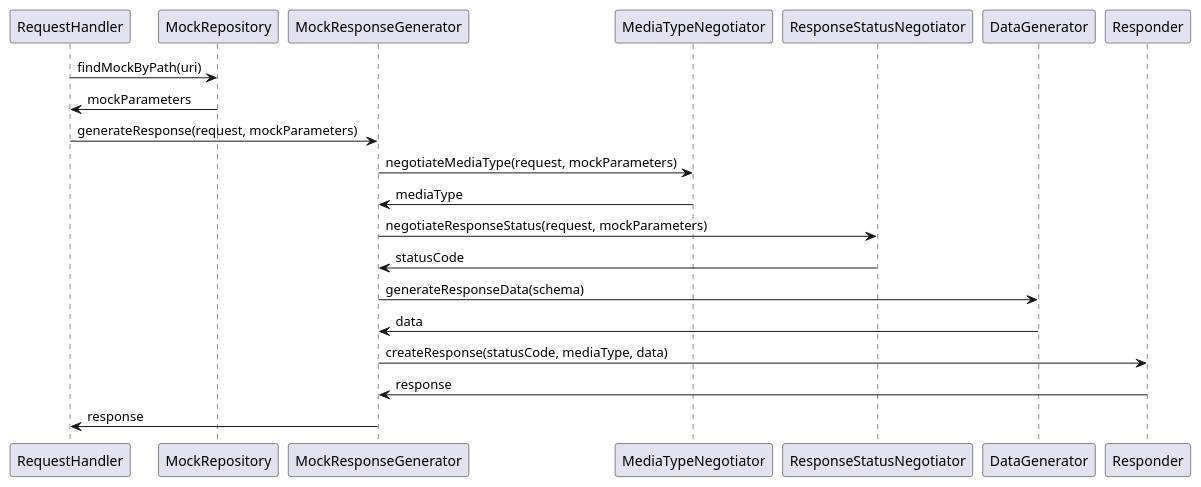
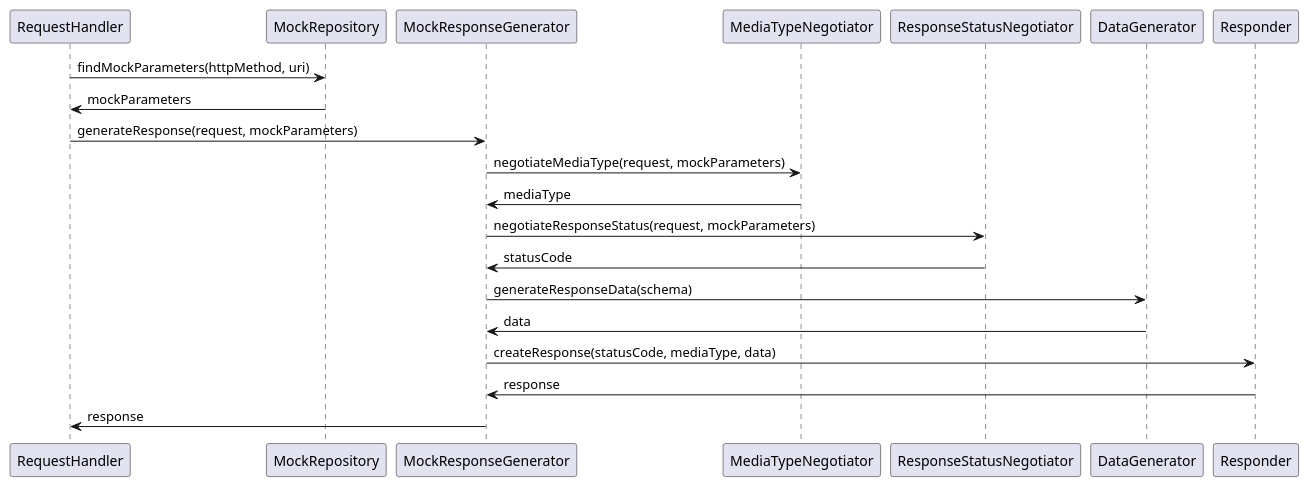
Before and after one commit to muonsoft/openapi-mock: the diagram in docs/uml/request-handling.puml, drawn with PlantUML. The commit also changed 18 other files, not shown here.

```diff
--- a/docs/uml/request-handling.puml
+++ b/docs/uml/request-handling.puml
@@ -1,16 +1,16 @@
 @startuml
 
-RequestHandler -> MockRepository : findMockByPath(uri)
+RequestHandler -> MockRepository : findMockParameters(httpMethod, uri)
 RequestHandler <- MockRepository : mockParameters
 RequestHandler -> MockResponseGenerator : generateResponse(request, mockParameters)
 MockResponseGenerator -> MediaTypeNegotiator : negotiateMediaType(request, mockParameters)
 MockResponseGenerator <- MediaTypeNegotiator : mediaType
 MockResponseGenerator -> ResponseStatusNegotiator : negotiateResponseStatus(request, mockParameters)
 MockResponseGenerator <- ResponseStatusNegotiator : statusCode
 MockResponseGenerator -> DataGenerator : generateResponseData(schema)
 MockResponseGenerator <- DataGenerator : data
 MockResponseGenerator -> Responder : createResponse(statusCode, mediaType, data)
 MockResponseGenerator <- Responder : response
 RequestHandler <- MockResponseGenerator : response
 
 @enduml
```
